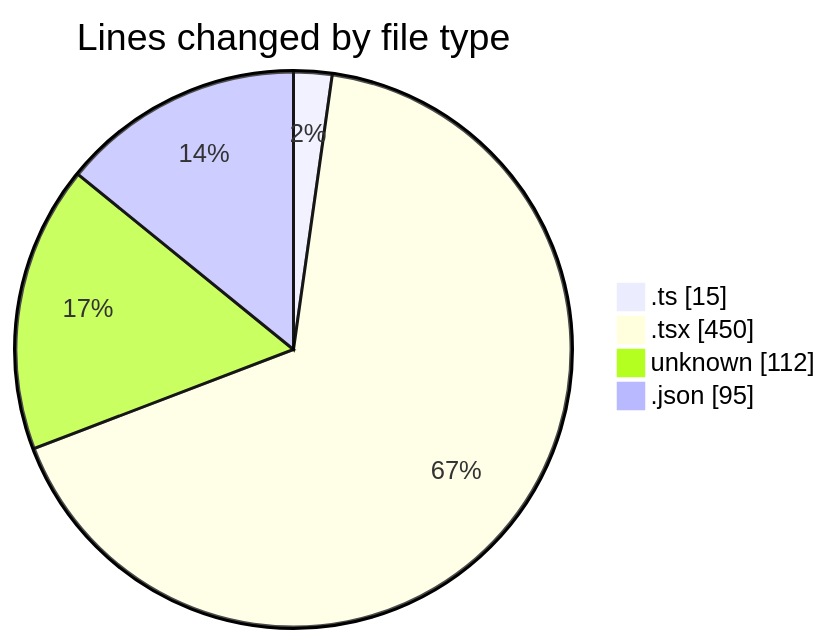
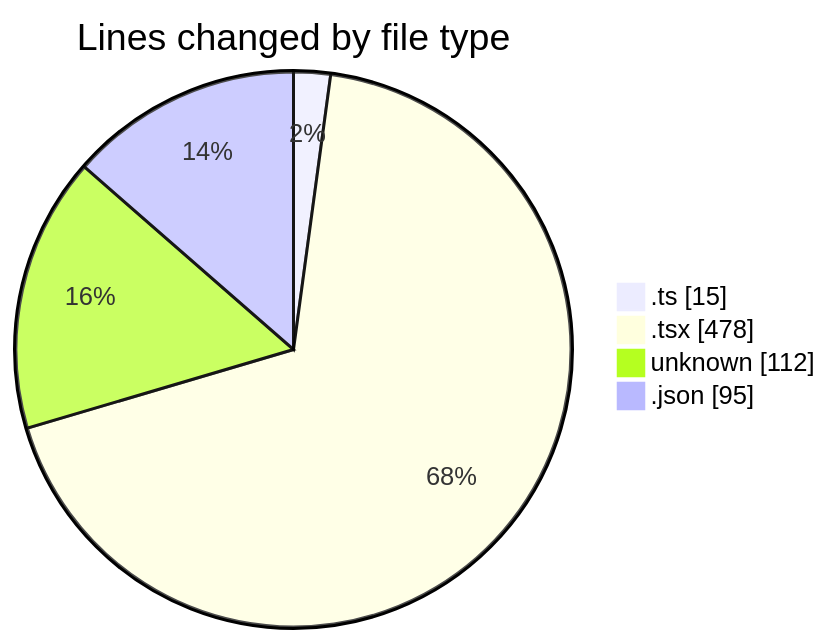
The first of 2 diagrams in 2026-04-29/cda/README.md (momahboobian/code-tracking), drawn with Mermaid before and after one commit. The commit also changed other lines of this file and 1 other file, not shown here.

````diff
--- a/2026-04-29/cda/README.md
+++ b/2026-04-29/cda/README.md
@@ -28,8 +28,8 @@
 ```mermaid
 pie showData
 title Lines changed by file type
 ".ts" : 15
-".tsx" : 450
+".tsx" : 478
 "unknown" : 112
 ".json" : 95
 ```
````
